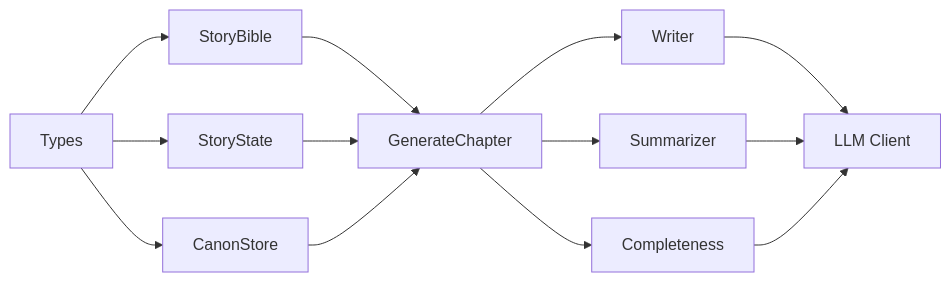
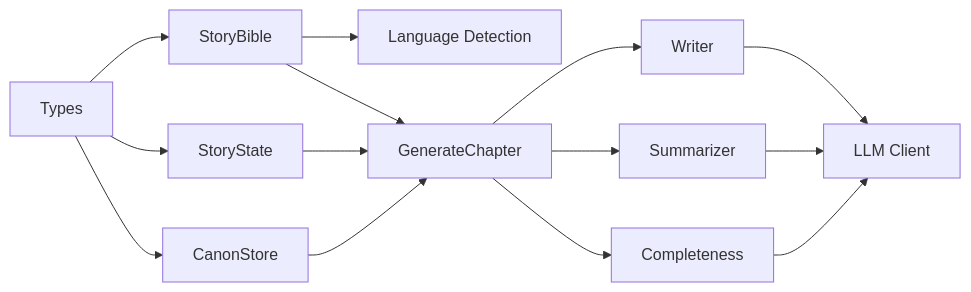
One commit to liwonder/NARRITIVE_OS changed diagram 13 of 13 in .qoder/repowiki/en/content/Story Management System/Story Bible Management.md. Above: the diagram before and after it, drawn with Mermaid. The commit also changed other lines of this file and 10 other files, not shown here.

````diff
--- a/.qoder/repowiki/en/content/Story Management System/Story Bible Management.md
+++ b/.qoder/repowiki/en/content/Story Management System/Story Bible Management.md
@@ -392,15 +477,16 @@
 ```mermaid
 graph LR
 Types["Types"] --> StoryBible["StoryBible"]
 Types --> StoryState["StoryState"]
 Types --> Canon["CanonStore"]
+StoryBible --> Language["Language Detection"]
 StoryBible --> Pipeline["GenerateChapter"]
 StoryState --> Pipeline
 Canon --> Pipeline
 Pipeline --> Writer["Writer"]
 Pipeline --> Summarizer["Summarizer"]
 Pipeline --> Completeness["Completeness"]
 Writer --> LLM["LLM Client"]
 Summarizer --> LLM
 Completeness --> LLM
 ```
````
